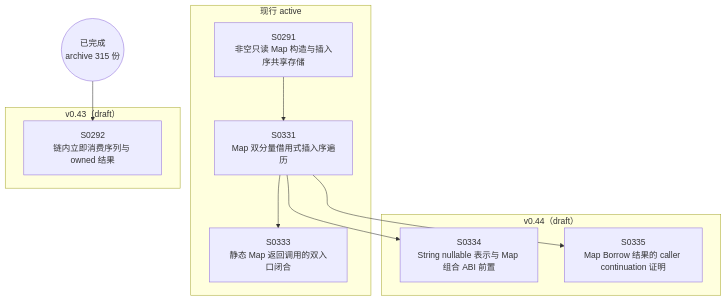
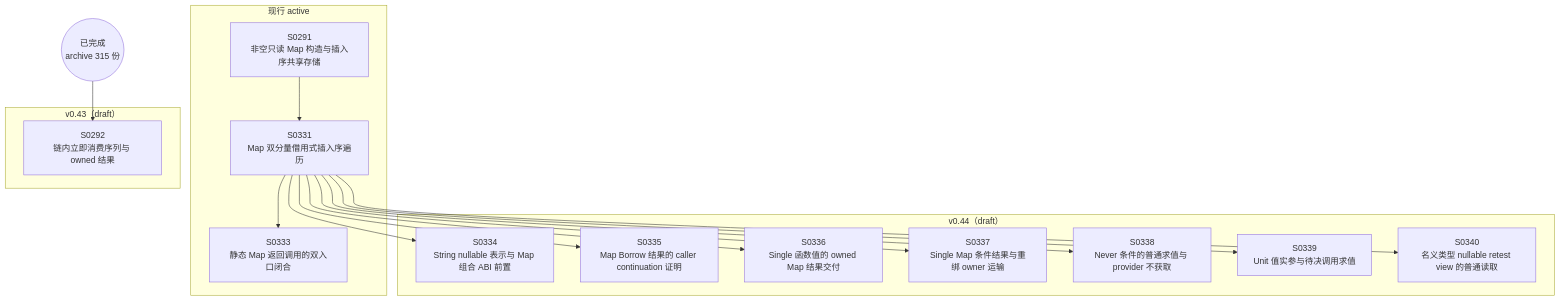
Before and after one commit to Halckon/Koven: the diagram in docs/specs/dependency-graph.md, drawn with Mermaid. The commit also changed other lines of this file and 108 other files, not shown here.

````diff
--- a/docs/specs/dependency-graph.md
+++ b/docs/specs/dependency-graph.md
@@ -9,21 +9,31 @@
 ```mermaid
 flowchart TD
 ARCH(("已完成<br/>archive 315 份"))
 subgraph Gactive["现行 active"]
   S0291["S0291<br/>非空只读 Map 构造与插入序共享存储"]
   S0331["S0331<br/>Map 双分量借用式插入序遍历"]
   S0333["S0333<br/>静态 Map 返回调用的双入口闭合"]
 end
 subgraph Gdrafts_v043["v0.43（draft）"]
   S0292["S0292<br/>链内立即消费序列与 owned 结果"]
 end
 subgraph Gdrafts_v044["v0.44（draft）"]
   S0334["S0334<br/>String nullable 表示与 Map 组合 ABI 前置"]
   S0335["S0335<br/>Map Borrow 结果的 caller continuation 证明"]
+  S0336["S0336<br/>Single 函数值的 owned Map 结果交付"]
+  S0337["S0337<br/>Single Map 条件结果与重绑 owner 运输"]
+  S0338["S0338<br/>Never 条件的普通求值与 provider 不获取"]
+  S0339["S0339<br/>Unit 值实参与待决调用求值"]
+  S0340["S0340<br/>名义类型 nullable retest view 的普通读取"]
 end
 S0291 --> S0331
 S0331 --> S0333
 S0331 --> S0334
 S0331 --> S0335
+S0331 --> S0336
+S0331 --> S0337
+S0331 --> S0338
+S0331 --> S0339
+S0331 --> S0340
 ARCH --> S0292
 ```
````
